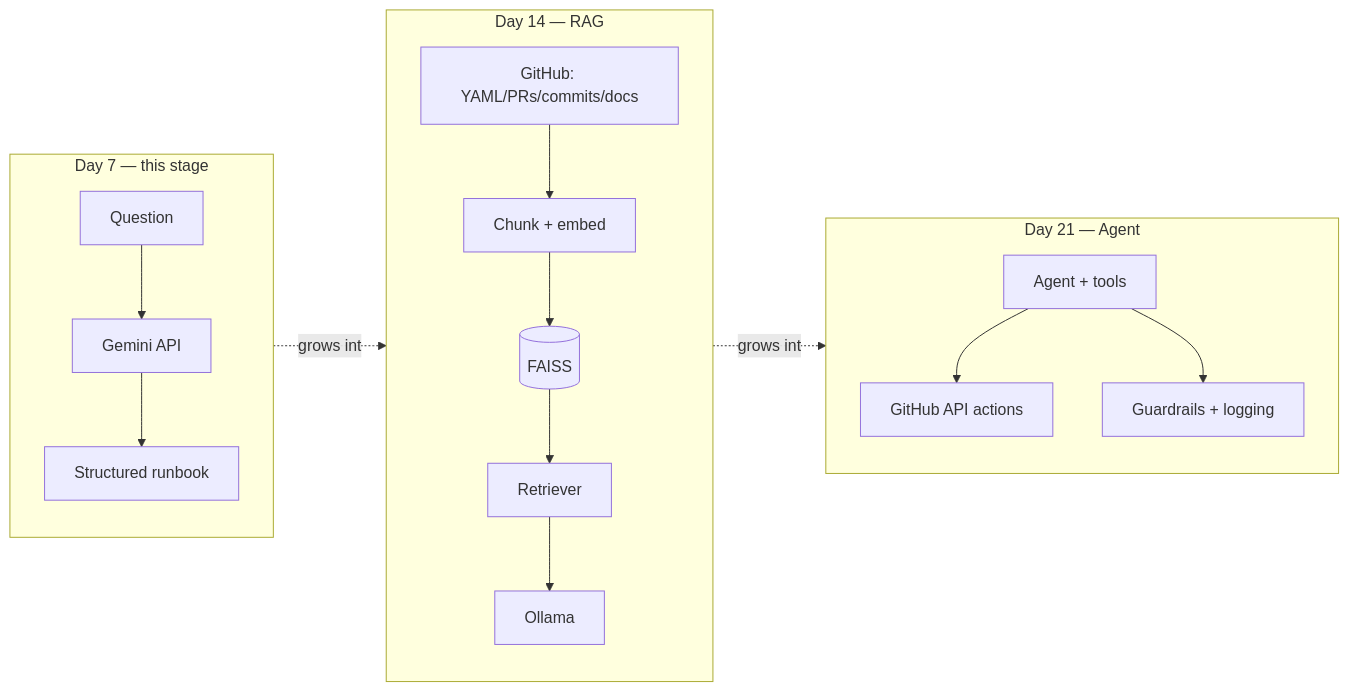
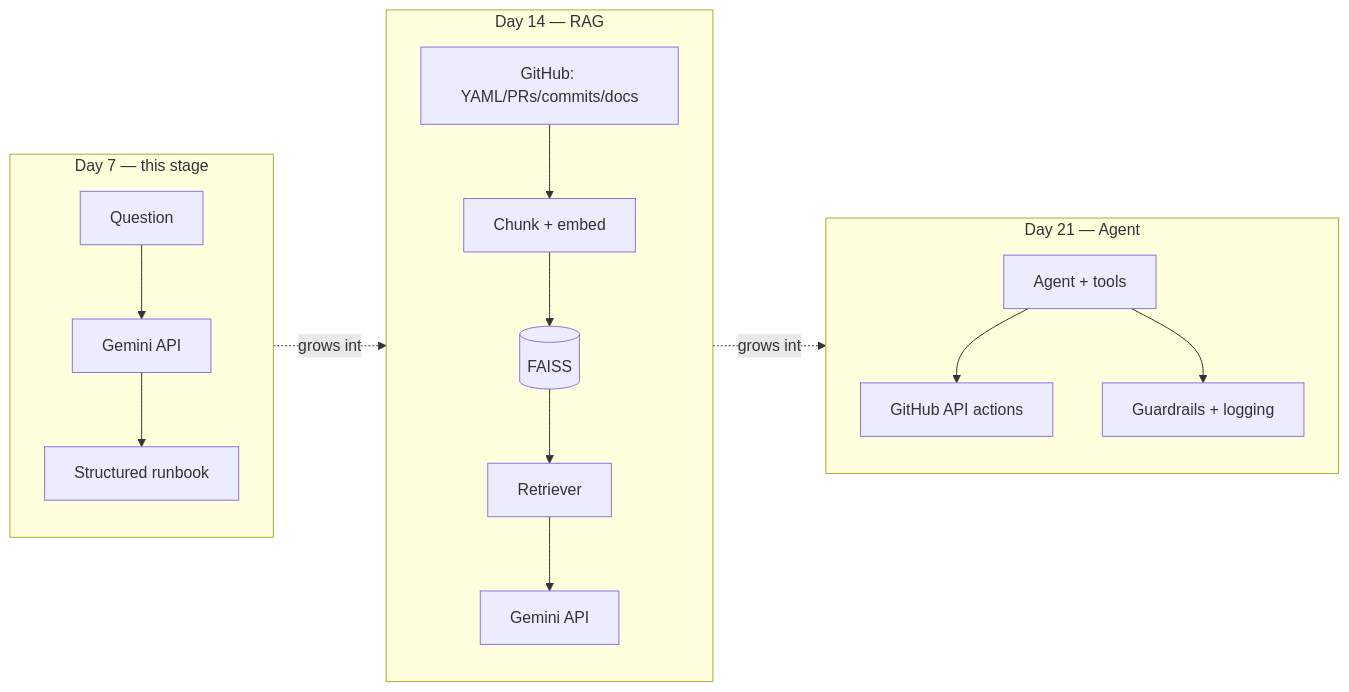
The diagram in README.md (saghosh8/ai-devops-release-assistant), drawn with Mermaid before and after one commit. The commit also changed other lines of this file, not shown here.

````diff
--- a/README.md
+++ b/README.md
@@ -26,18 +22,18 @@
 ```mermaid
 flowchart LR
     subgraph D7["Day 7 — this stage"]
         A[Question] --> B[Gemini API]
         B --> C[Structured runbook]
     end
     subgraph D14["Day 14 — RAG"]
         D[GitHub: YAML/PRs/commits/docs] --> E[Chunk + embed]
         E --> F[(FAISS)]
         F --> G[Retriever]
-        G --> H[Ollama]
+        G --> H[Gemini API]
     end
     subgraph D21["Day 21 — Agent"]
         I[Agent + tools] --> J[GitHub API actions]
         I --> K[Guardrails + logging]
     end
     D7 -.grows into.-> D14 -.grows into.-> D21
 ```
````
